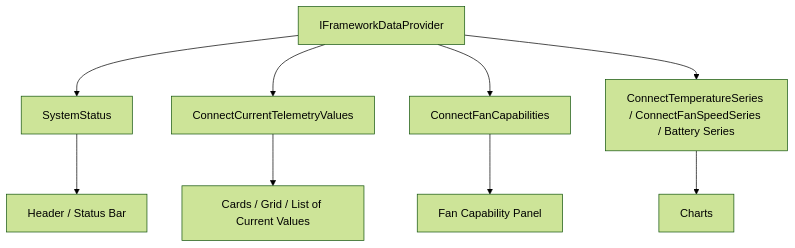
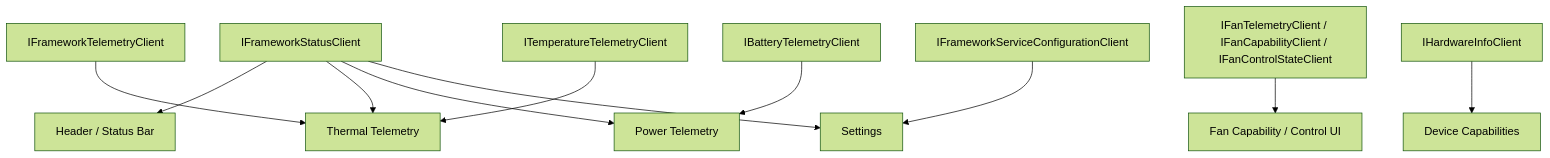
One commit to TekuSP/SubZeroFramework changed the diagram in SubZeroFramework/Docs/TelemetryUiGuide.md. Above: the diagram before and after it, drawn with Mermaid (forest theme). The commit also changed other lines of this file and 40 other files, not shown here.

````diff
--- a/SubZeroFramework/Docs/TelemetryUiGuide.md
+++ b/SubZeroFramework/Docs/TelemetryUiGuide.md
@@ -116,22 +114,28 @@
 ```mermaid
 flowchart TD
-    Provider[IFrameworkDataProvider]
-    Status[SystemStatus]
-    Current[ConnectCurrentTelemetryValues]
-    Fans[ConnectFanCapabilities]
-    Series[ConnectTemperatureSeries / ConnectFanSpeedSeries / Battery Series]
+    Status[IFrameworkStatusClient]
+    Generic[IFrameworkTelemetryClient]
+    Temp[ITemperatureTelemetryClient]
+    Fan[IFanTelemetryClient / IFanCapabilityClient / IFanControlStateClient]
+    Battery[IBatteryTelemetryClient]
+    Hardware[IHardwareInfoClient]
+    Config[IFrameworkServiceConfigurationClient]
+
     Header[Header / Status Bar]
-    Cards[Cards / Grid / List of Current Values]
-    FanPanel[Fan Capability Panel]
-    Charts[Charts]
-
-    Provider --> Status
-    Provider --> Current
-    Provider --> Fans
-    Provider --> Series
+    Thermal[Thermal Telemetry]
+    Power[Power Telemetry]
+    FanUi[Fan Capability / Control UI]
+    DeviceCaps[Device Capabilities]
+    Settings[Settings]
 
     Status --> Header
-    Current --> Cards
-    Fans --> FanPanel
-    Series --> Charts
+    Status --> Thermal
+    Status --> Power
+    Status --> Settings
+    Generic --> Thermal
+    Temp --> Thermal
+    Fan --> FanUi
+    Battery --> Power
+    Hardware --> DeviceCaps
+    Config --> Settings
 ```
````
